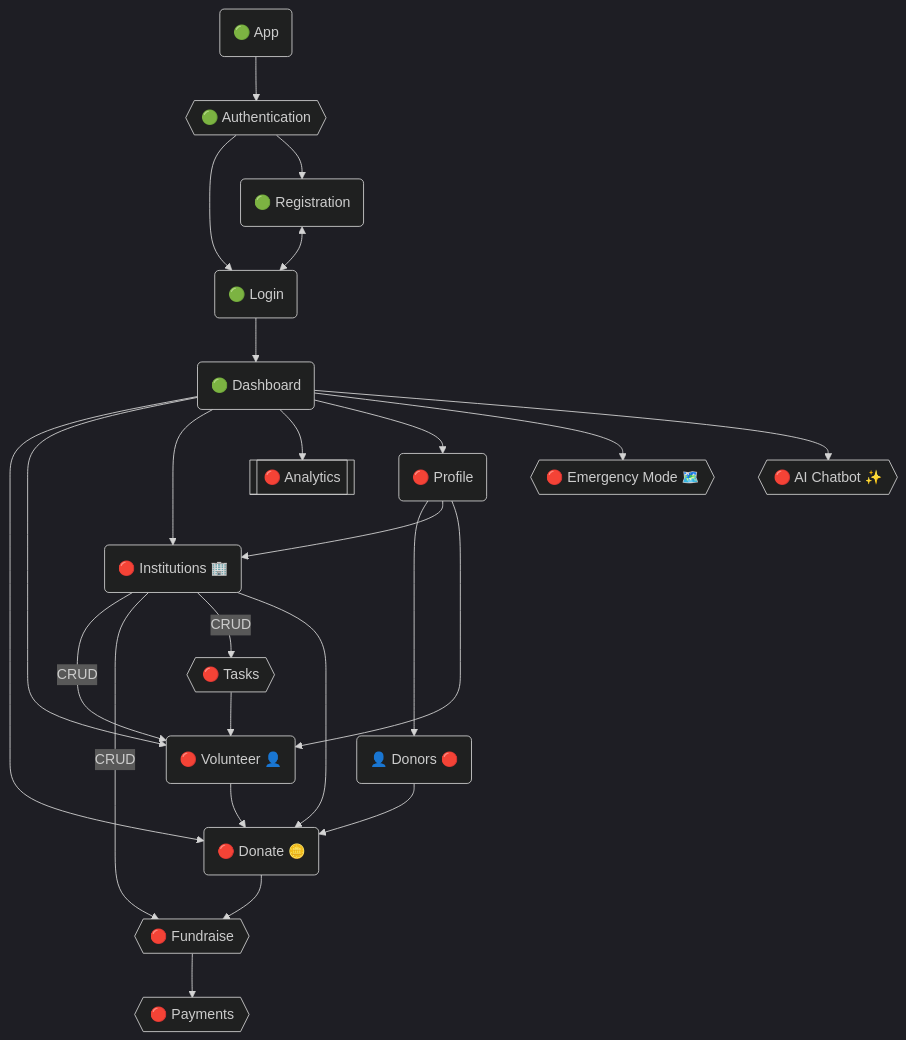
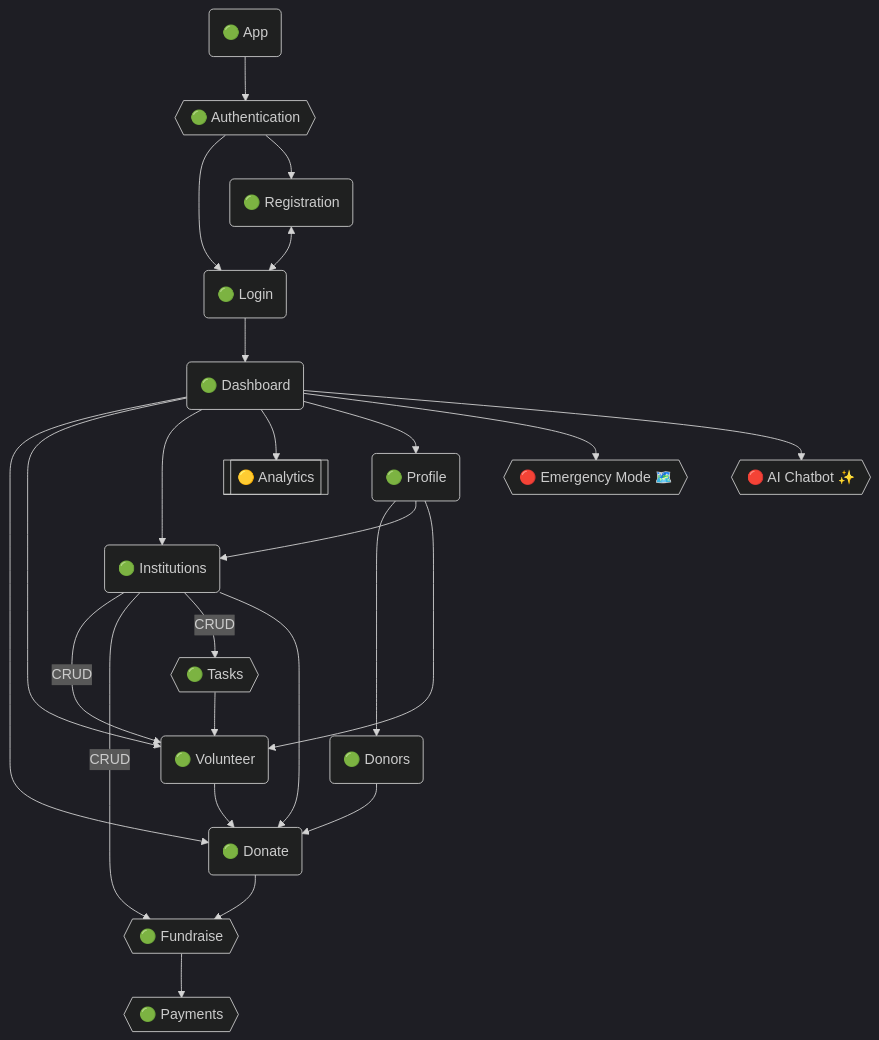
Before and after one commit to CharitySphere/CharitySphere: the diagram in docs/development.md, drawn with Mermaid (dark theme). The commit also changed other lines of this file, not shown here.

````diff
--- a/docs/development.md
+++ b/docs/development.md
@@ -44,22 +57,22 @@
 ```mermaid
 flowchart TD
     app(🟢 App) --> mod_auth{{🟢 Authentication}}
     mod_auth --> logi(🟢 Login) & regi(🟢 Registration)
     regi <--> logi --> dash(🟢 Dashboard)
 
-    dash --> dona(🔴 Donate 🪙)
-    dash --> voln(🔴 Volunteer 👤)
-    dash --> inst(🔴 Institutions 🏢)
-    dash --> anal[[🔴 Analytics]]
-    dash --> prof(🔴 Profile)
+    dash --> dona(🟢 Donate)
+    dash --> voln(🟢 Volunteer)
+    dash --> inst(🟢 Institutions)
+    dash --> anal[[🟡 Analytics]]
+    dash --> prof(🟢 Profile)
     dash --> mod_emerg{{🔴 Emergency Mode 🗺️}}
     dash --> mod_ai{{🔴 AI Chatbot ✨}}
 
-    prof --> dono(👤 Donors 🔴) & inst & voln
+    prof --> dono(🟢 Donors) & inst & voln
 
     inst --CRUD--> voln
-    inst --CRUD--> mod_fund{{🔴 Fundraise}}
-    inst --CRUD--> mod_task{{🔴 Tasks}} --> voln
+    inst --CRUD--> mod_fund{{🟢 Fundraise}}
+    inst --CRUD--> mod_task{{🟢 Tasks}} --> voln
     dono & inst & voln --> dona --> mod_fund
-    mod_fund --> mod_pay{{🔴 Payments}}
+    mod_fund --> mod_pay{{🟢 Payments}}
 ```
````
